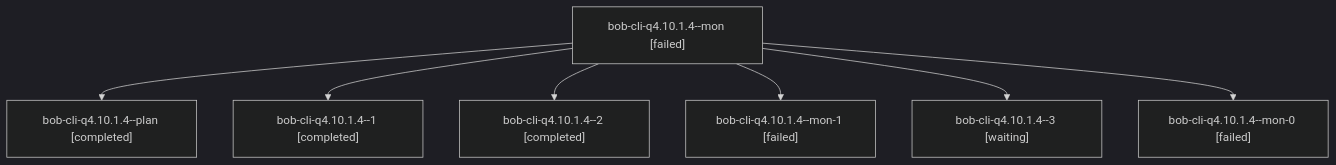
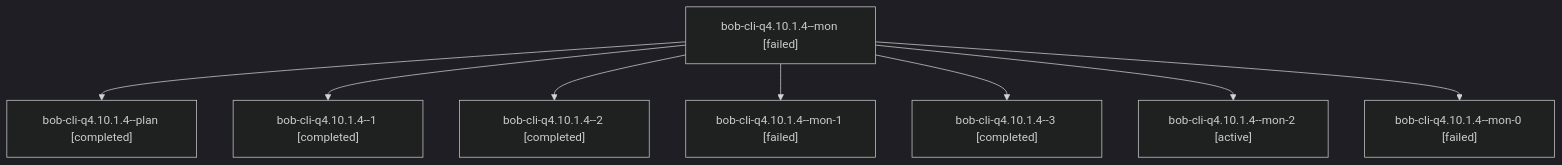
The diagram in sessions/bbugyi200.athena.bob-cli-q4.10.1.4.md (bobs-org/bob-cli--agents), drawn with Mermaid (dark theme) before and after one commit. The commit also changed other lines of this file and 94 other files, not shown here.

````diff
--- a/sessions/bbugyi200.athena.bob-cli-q4.10.1.4.md
+++ b/sessions/bbugyi200.athena.bob-cli-q4.10.1.4.md
@@ -9,16 +9,18 @@
 ```mermaid
 flowchart TD
   n0["bob-cli-q4.10.1.4--mon [failed]"]
   n1["bob-cli-q4.10.1.4--plan [completed]"]
   n0 --> n1
   n2["bob-cli-q4.10.1.4--1 [completed]"]
   n0 --> n2
   n3["bob-cli-q4.10.1.4--2 [completed]"]
   n0 --> n3
   n4["bob-cli-q4.10.1.4--mon-1 [failed]"]
   n0 --> n4
-  n5["bob-cli-q4.10.1.4--3 [waiting]"]
+  n5["bob-cli-q4.10.1.4--3 [completed]"]
   n0 --> n5
-  n6["bob-cli-q4.10.1.4--mon-0 [failed]"]
+  n6["bob-cli-q4.10.1.4--mon-2 [active]"]
   n0 --> n6
+  n7["bob-cli-q4.10.1.4--mon-0 [failed]"]
+  n0 --> n7
 ```
````
